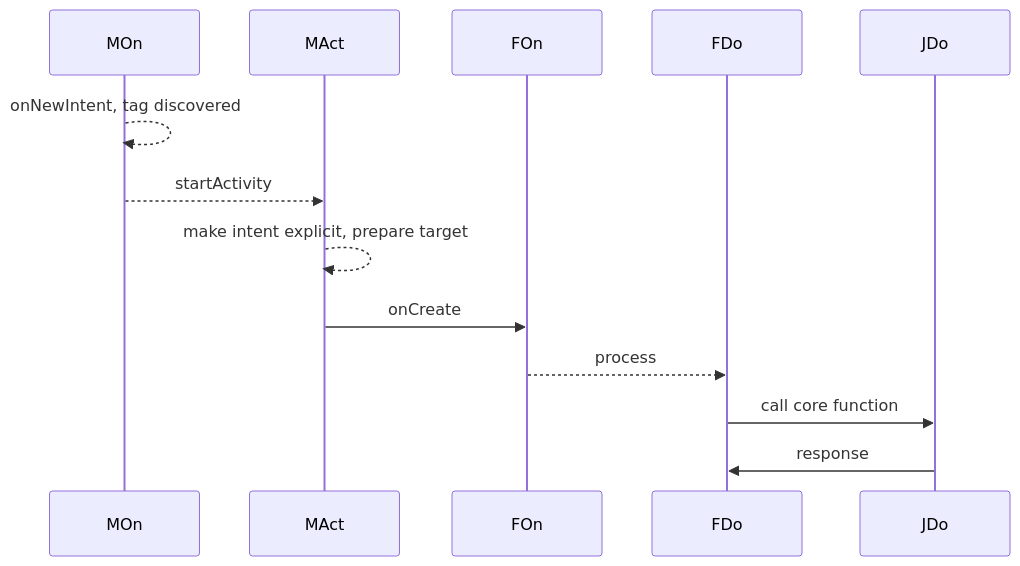
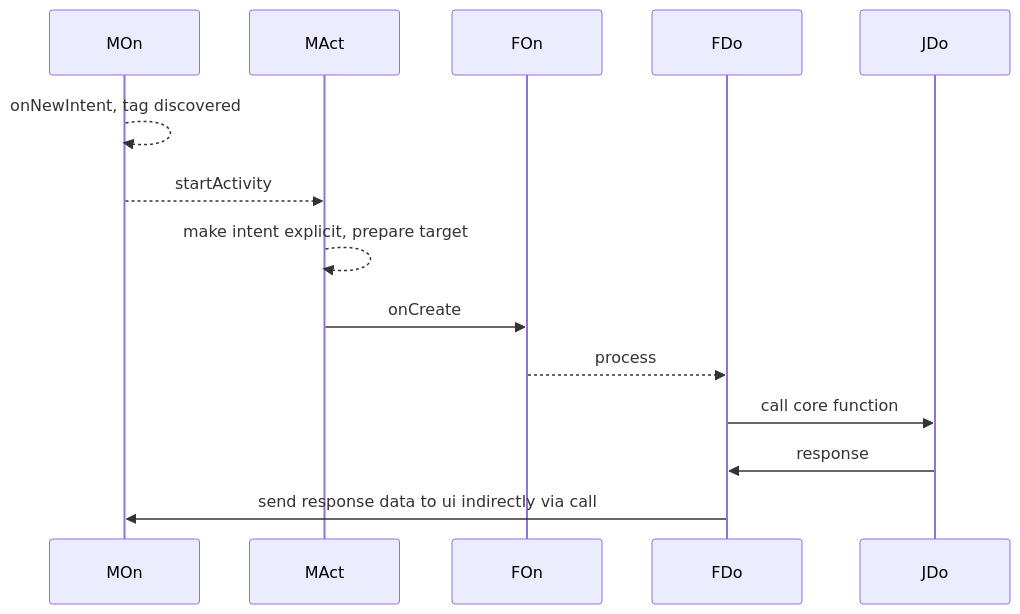
The first of 3 diagrams in flutter/android_to_flutter.md (gordianknotC/nxp_note), drawn with Mermaid before and after one commit. The commit also changed other lines of this file, not shown here.

````diff
--- a/flutter/android_to_flutter.md
+++ b/flutter/android_to_flutter.md
@@ -3,17 +3,18 @@
 ```mermaid
 sequenceDiagram
 
 participant MOn
 participant MAct
 participant FOn
 participant FDo
 participant JDo
 
 MOn-->>MOn: onNewIntent, tag discovered
 MOn-->>MAct: startActivity
 MAct-->>MAct: make intent explicit, prepare target
 MAct->>FOn: onCreate
 FOn-->>FDo: process
 FDo->>JDo: call core function
 JDo->>FDo: response
+FDo->>MOn: send response data to ui indirectly via call
 ```
````
